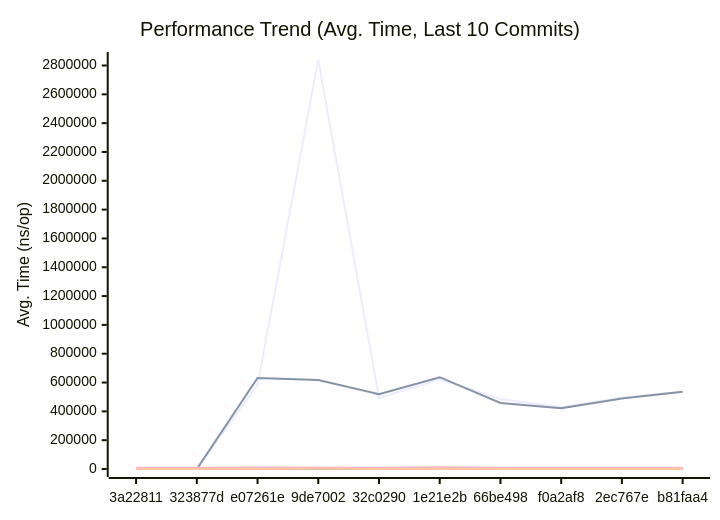
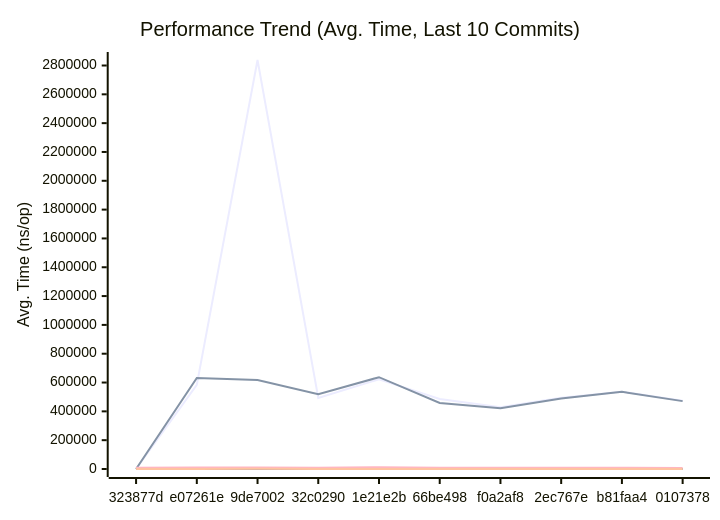
One commit to alsotoes/momo changed the first of 3 diagrams in docs/PERFORMANCE.md. Above: the diagram before and after it, drawn with Mermaid. The commit also changed other lines of this file and 2 other files, not shown here.

````diff
--- a/docs/PERFORMANCE.md
+++ b/docs/PERFORMANCE.md
@@ -145,20 +145,20 @@
 ```mermaid
 xychart-beta
     title "Performance Trend (Avg. Time, Last 10 Commits)"
     x-axis "Commit"
     y-axis "Avg. Time (ns/op)"
-    x-axis [3a22811,323877d,e07261e,9de7002,32c0290,1e21e2b,66be498,f0a2af8,2ec767e,b81faa4]
-    line "AWSChunkedReaderSigned" [0,0,584226,2838201,493329,623314,485586,428699,494161,536055]
-    line "AWSChunkedReaderUnsigned" [0,0,631654,617880,518620,637133,458443,420916,489488,535372]
-    line "CheckMetricsAndSwap" [10,10,9,16,10,13,9,8,8,11]
-    line "CrushOptimized" [355,415,439,381,353,419,355,342,351,359]
-    line "CrushOriginal" [491,570,664,686,549,628,459,465,587,501]
-    line "IndexDirectTracking" [0,0,0,1,0,1,0,0,0,0]
-    line "IndexSearch" [2,2,2,3,2,3,3,3,3,3]
-    line "LoadGlobalConfig" [8102,9075,10900,10925,8352,11680,7877,7811,8699,9154]
-    line "PadString" [49,53,64,66,53,64,43,49,49,50]
+    x-axis [323877d,e07261e,9de7002,32c0290,1e21e2b,66be498,f0a2af8,2ec767e,b81faa4,0107378]
+    line "AWSChunkedReaderSigned" [0,584226,2838201,493329,623314,485586,428699,494161,536055,474487]
+    line "AWSChunkedReaderUnsigned" [0,631654,617880,518620,637133,458443,420916,489488,535372,470934]
+    line "CheckMetricsAndSwap" [10,9,16,10,13,9,8,8,11,8]
+    line "CrushOptimized" [415,439,381,353,419,355,342,351,359,357]
+    line "CrushOriginal" [570,664,686,549,628,459,465,587,501,444]
+    line "IndexDirectTracking" [0,0,1,0,1,0,0,0,0,0]
+    line "IndexSearch" [2,2,3,2,3,3,3,3,3,3]
+    line "LoadGlobalConfig" [9075,10900,10925,8352,11680,7877,7811,8699,9154,7311]
+    line "PadString" [53,64,66,53,64,43,49,49,50,41]
     line "ParseReplicationOrder_NoPrealloc" [350,349,357,354,345,225,229,165,232,234]
     line "ParseReplicationOrder_Prealloc" [229,231,237,234,229,108,107,80,110,109]
-    line "SanitizeLog/Safe" [487,537,496,673,440,585,444,426,532,520]
-    line "SanitizeLog/Unsafe" [720,762,826,1502,669,794,568,519,657,616]
+    line "SanitizeLog/Safe" [537,496,673,440,585,444,426,532,520,440]
+    line "SanitizeLog/Unsafe" [762,826,1502,669,794,568,519,657,616,544]
 ```
````
